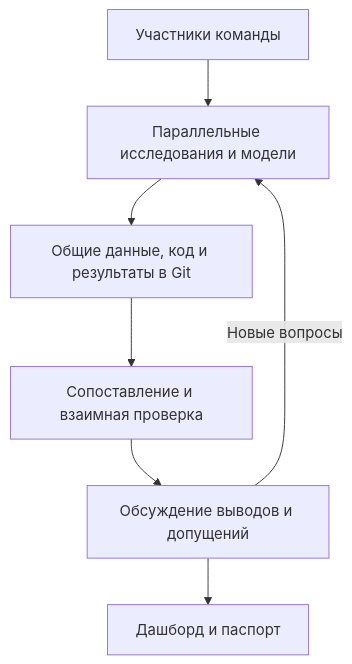
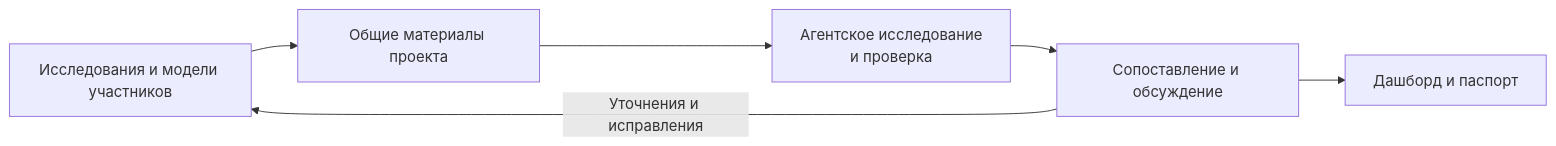
One commit to Mput13/case_championship changed the third of 3 diagrams in context/30_ai_work_history_20261110/README.md. Above: the diagram before and after it, drawn with Mermaid. The commit also changed other lines of this file, not shown here.

````diff
--- a/context/30_ai_work_history_20261110/README.md
+++ b/context/30_ai_work_history_20261110/README.md
@@ -59,9 +85,8 @@
 ```mermaid
-flowchart TD
-    A["Участники команды"] --> B["Параллельные исследования и модели"]
-    B --> G["Общие данные, код и результаты в Git"]
-    G --> C["Сопоставление и взаимная проверка"]
-    C --> D["Обсуждение выводов и допущений"]
-    D --> P["Дашборд и паспорт"]
-    D -->|"Новые вопросы"| B
+flowchart LR
+    A["Исследования и модели участников"] --> B["Общие материалы проекта"]
+    B --> C["Агентское исследование<br/>и проверка"]
+    C --> D["Сопоставление и обсуждение"]
+    D --> E["Дашборд и паспорт"]
+    D -->|"Уточнения и исправления"| A
 ```
````
